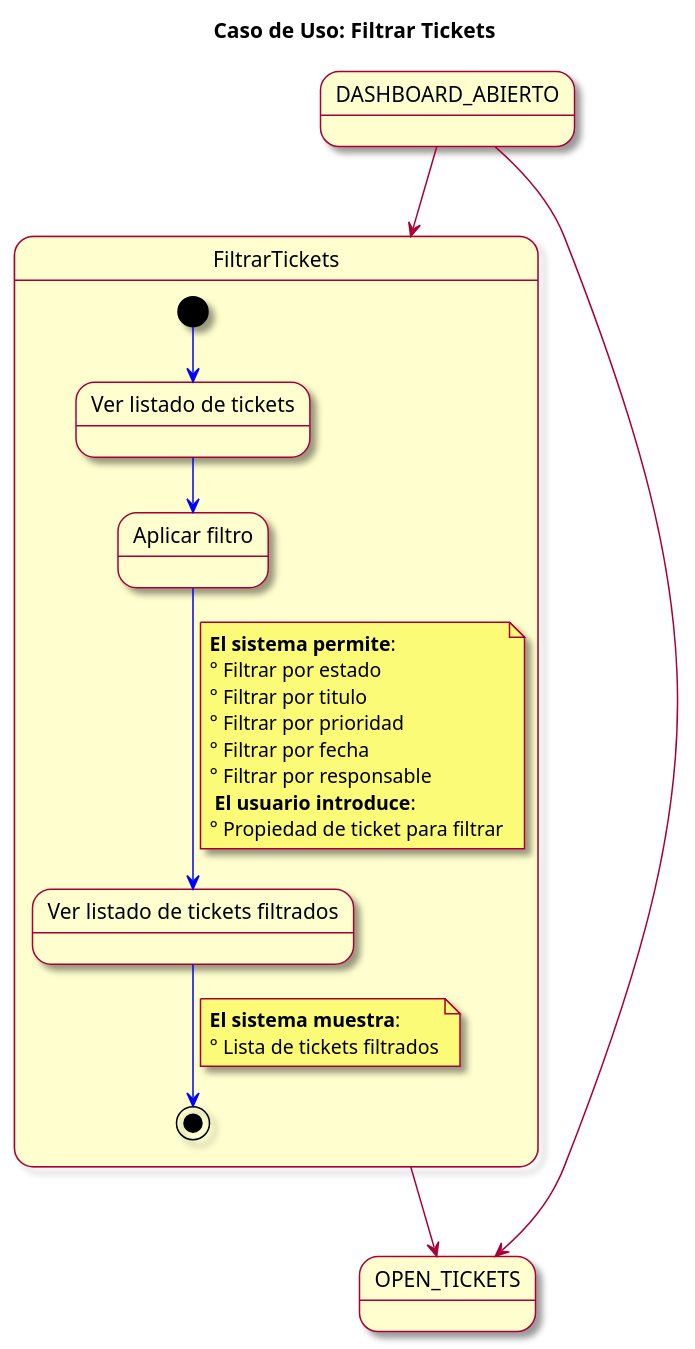
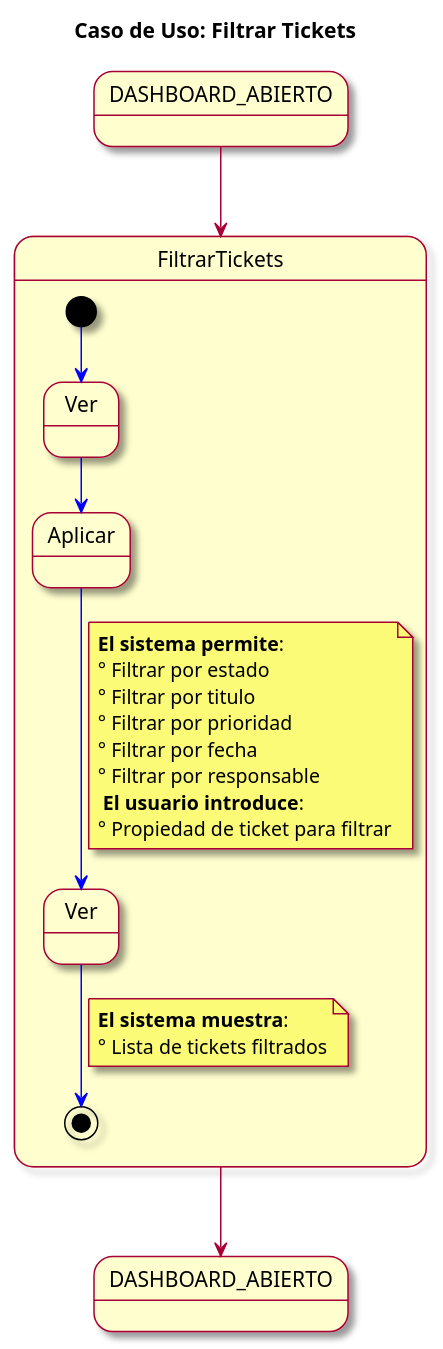
One commit to mmasias/23-24-IdSw1-SDR changed the diagram in modelosUML/CasosDeUsos/CasosDetallados/FiltrarTicket.puml. Above: the diagram before and after it, drawn with PlantUML. The commit also changed 11 other files, not shown here.

```diff
--- a/modelosUML/CasosDeUsos/CasosDetallados/FiltrarTicket.puml
+++ b/modelosUML/CasosDeUsos/CasosDetallados/FiltrarTicket.puml
@@ -1,41 +1,40 @@
  @startuml
 skin rose
 title Caso de Uso: Filtrar Tickets
 
-state DASHBOARD_ABIERTO
+state "DASHBOARD_ABIERTO" as DASHBOARD_ABIERTO2
 DASHBOARD_ABIERTO --> FiltrarTickets
-state OPEN_TICKETS
-DASHBOARD_ABIERTO--> OPEN_TICKETS
-FiltrarTickets --> OPEN_TICKETS
+FiltrarTickets --> DASHBOARD_ABIERTO2
+
 state FiltrarTickets {
 
 
   [*] -[#blue]-> verlistadoTickets
-  state "Ver listado de tickets" as verlistadoTickets
+  state "Ver" as verlistadoTickets
   verlistadoTickets -[#blue]-> confirmarFiltrado
-  state "Aplicar filtro" as confirmarFiltrado
+  state "Aplicar" as confirmarFiltrado
   confirmarFiltrado -[#blue]-> listadoFiltrado
   note on link 
   **El sistema permite**:
   ° Filtrar por estado
   ° Filtrar por titulo
   ° Filtrar por prioridad
   ° Filtrar por fecha
   ° Filtrar por responsable
    **El usuario introduce**:
   ° Propiedad de ticket para filtrar
 end note
-  state "Ver listado de tickets filtrados" as listadoFiltrado
+  state "Ver" as listadoFiltrado
   listadoFiltrado -[#blue]-> [*]
  
     
 }
 
 note on link 
   **El sistema muestra**: 
   ° Lista de tickets filtrados
 end note
 
 
 
 @enduml
```
